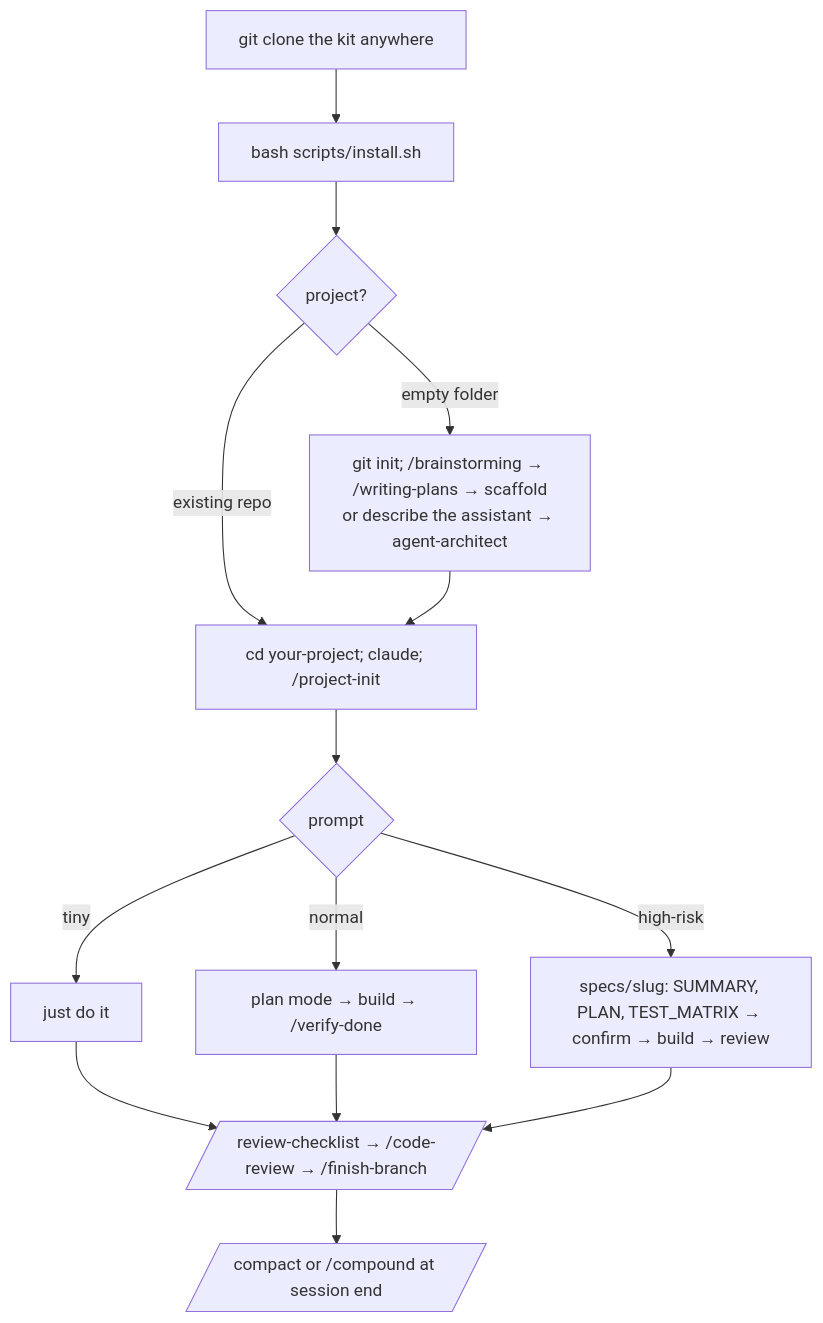
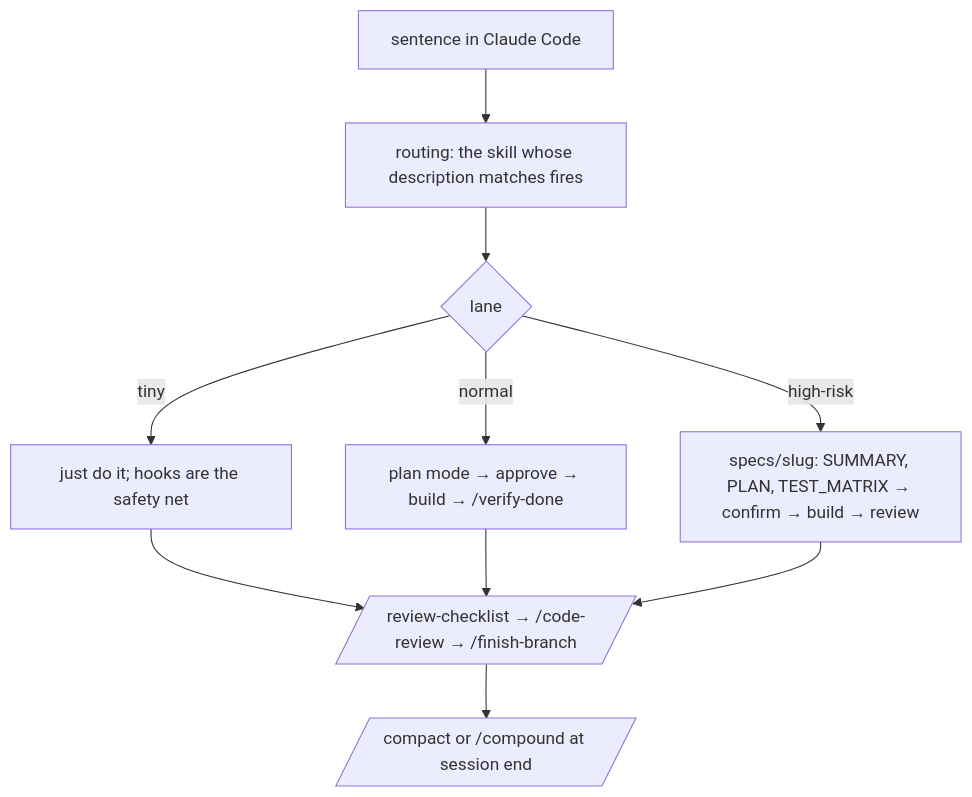
Before and after one commit to thanghokdps/claude-root: the second of 3 diagrams in DESIGN.md, drawn with Mermaid. The commit also changed other lines of this file and 2 other files, not shown here.

````diff
--- a/DESIGN.md
+++ b/DESIGN.md
@@ -63,14 +51,10 @@
 ```mermaid
 flowchart TD
-  A[git clone the kit anywhere] --> B[bash scripts/install.sh]
-  B --> X{project?}
-  X -->|existing repo| C[cd your-project; claude; /project-init]
-  X -->|empty folder| Y[git init; /brainstorming → /writing-plans → scaffold<br/>or describe the assistant → agent-architect]
-  Y --> C
-  C --> D{prompt}
-  D -->|tiny| E[just do it]
-  D -->|normal| F[plan mode → build → /verify-done]
+  A[sentence in Claude Code] --> R[routing: the skill whose description matches fires]
+  R --> D{lane}
+  D -->|tiny| E[just do it; hooks are the safety net]
+  D -->|normal| F[plan mode → approve → build → /verify-done]
   D -->|high-risk| G[specs/slug: SUMMARY, PLAN, TEST_MATRIX → confirm → build → review]
   E & F & G --> H[/review-checklist → /code-review → /finish-branch/]
   H --> I[/compact or /compound at session end/]
 ```
````
